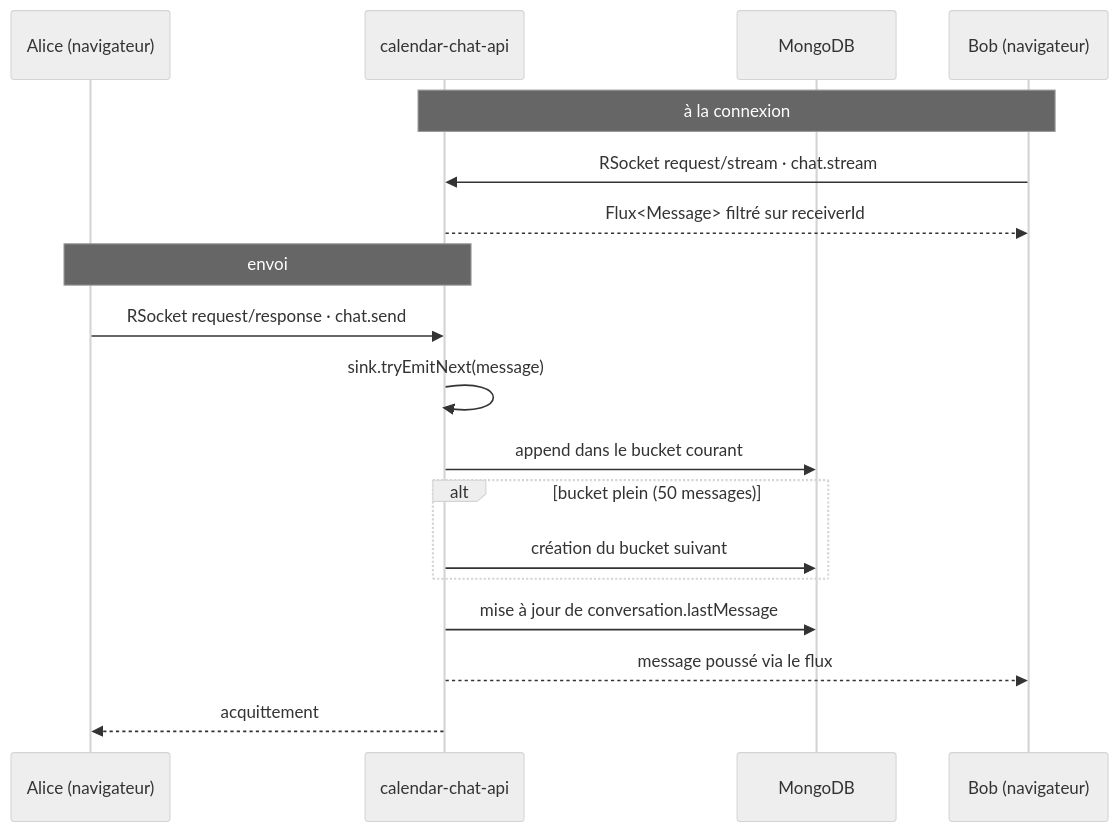
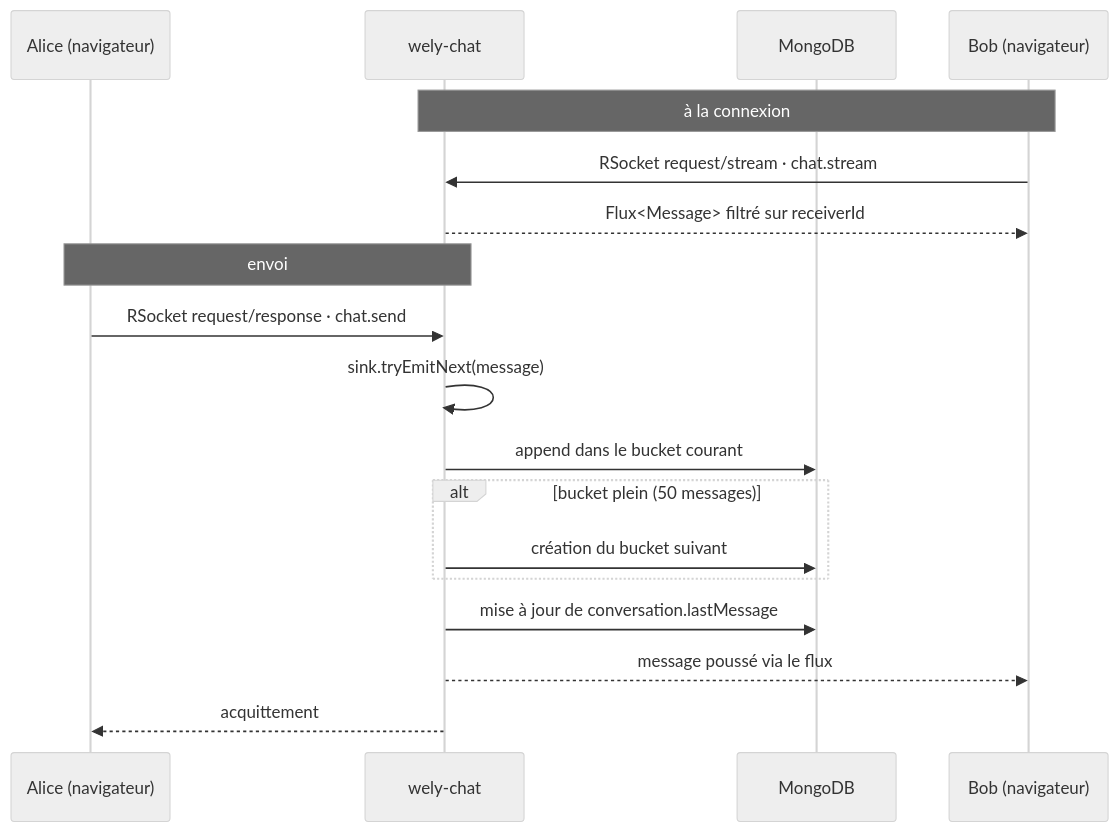
One commit to WelyLabs/wely-chat changed the diagram in README.md. Above: the diagram before and after it, drawn with Mermaid (neutral theme). The commit also changed other lines of this file, not shown here.

````diff
--- a/README.md
+++ b/README.md
@@ -126,22 +126,22 @@
 ```mermaid
 sequenceDiagram
     participant A as Alice (navigateur)
-    participant S as calendar-chat-api
+    participant S as wely-chat
     participant DB as MongoDB
     participant B as Bob (navigateur)
 
     Note over B,S: à la connexion
     B->>S: RSocket request/stream · chat.stream
     S-->>B: Flux<Message> filtré sur receiverId
 
     Note over A,S: envoi
     A->>S: RSocket request/response · chat.send
     S->>S: sink.tryEmitNext(message)
     S->>DB: append dans le bucket courant
     alt bucket plein (50 messages)
         S->>DB: création du bucket suivant
     end
     S->>DB: mise à jour de conversation.lastMessage
     S-->>B: message poussé via le flux
     S-->>A: acquittement
 ```
````
